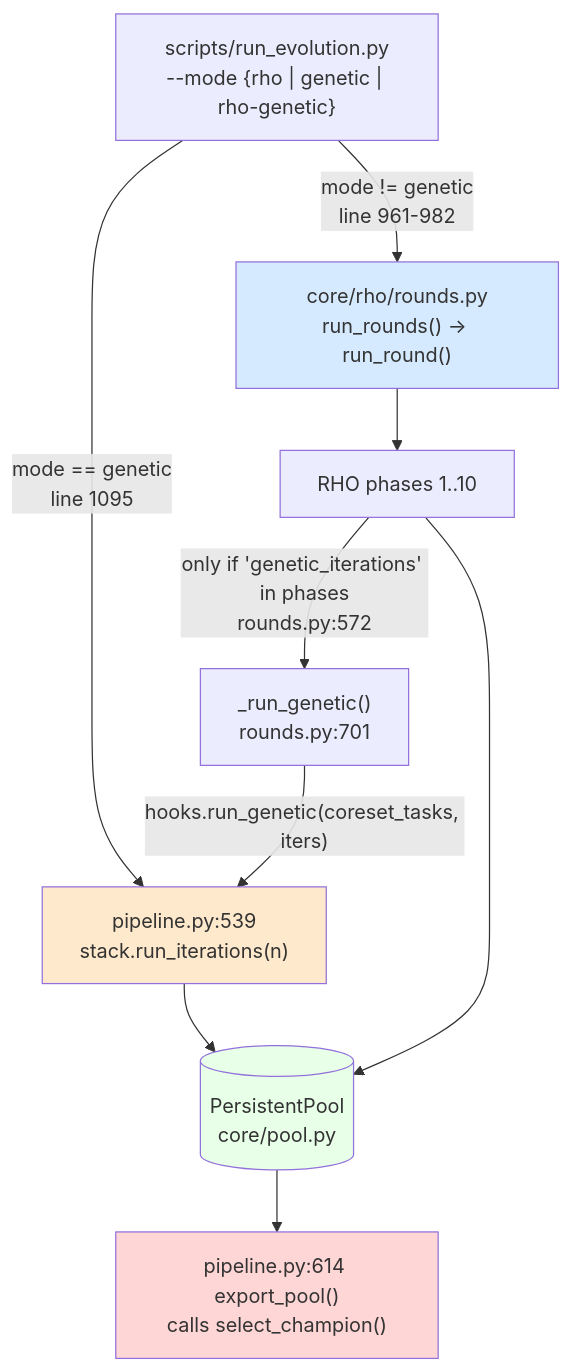
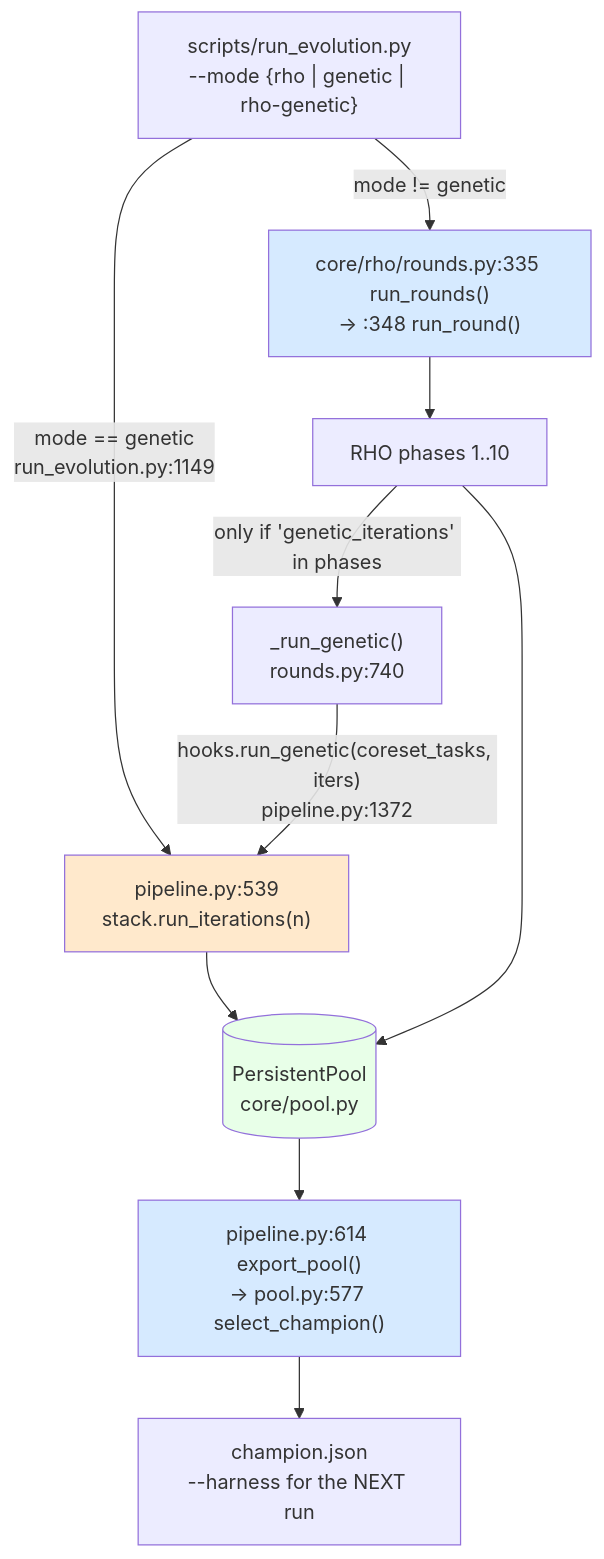
Before and after one commit to one-little-step/AgentEvolve: the first of 10 diagrams in docs/architecture/IMPLEMENTED-PIPELINE-MAP.md, drawn with Mermaid. The commit also changed other lines of this file and 29 other files, not shown here.

````diff
--- a/docs/architecture/IMPLEMENTED-PIPELINE-MAP.md
+++ b/docs/architecture/IMPLEMENTED-PIPELINE-MAP.md
@@ -37,20 +58,21 @@
 ```mermaid
 flowchart TB
     CLI["scripts/run_evolution.py<br/>--mode {rho | genetic | rho-genetic}"]
 
-    CLI -->|"mode != genetic<br/>line 961-982"| RR["core/rho/rounds.py<br/>run_rounds() -> run_round()"]
-    CLI -->|"mode == genetic<br/>line 1095"| GEN["pipeline.py:539<br/>stack.run_iterations(n)"]
+    CLI -->|"mode != genetic"| RR["core/rho/rounds.py:335 run_rounds()<br/>-> :348 run_round()"]
+    CLI -->|"mode == genetic<br/>run_evolution.py:1149"| GEN["pipeline.py:539<br/>stack.run_iterations(n)"]
 
     RR --> P1_10["RHO phases 1..10"]
-    P1_10 -->|"only if 'genetic_iterations' in phases<br/>rounds.py:572"| GHOOK["_run_genetic()<br/>rounds.py:701"]
-    GHOOK -->|"hooks.run_genetic(coreset_tasks, iters)"| GEN
+    P1_10 -->|"only if 'genetic_iterations' in phases"| GHOOK["_run_genetic()<br/>rounds.py:740"]
+    GHOOK -->|"hooks.run_genetic(coreset_tasks, iters)<br/>pipeline.py:1372"| GEN
 
     GEN --> POOL[("PersistentPool<br/>core/pool.py")]
     P1_10 --> POOL
-    POOL --> EXPORT["pipeline.py:614 export_pool()<br/>calls select_champion()"]
+    POOL --> EXPORT["pipeline.py:614 export_pool()<br/>-> pool.py:577 select_champion()"]
+    EXPORT --> NEXT["champion.json<br/>--harness for the NEXT run"]
 
     style RR fill:#d6eaff
     style GEN fill:#ffe9cc
     style POOL fill:#e8ffe8
-    style EXPORT fill:#ffd6d6
+    style EXPORT fill:#d6eaff
 ```
````
